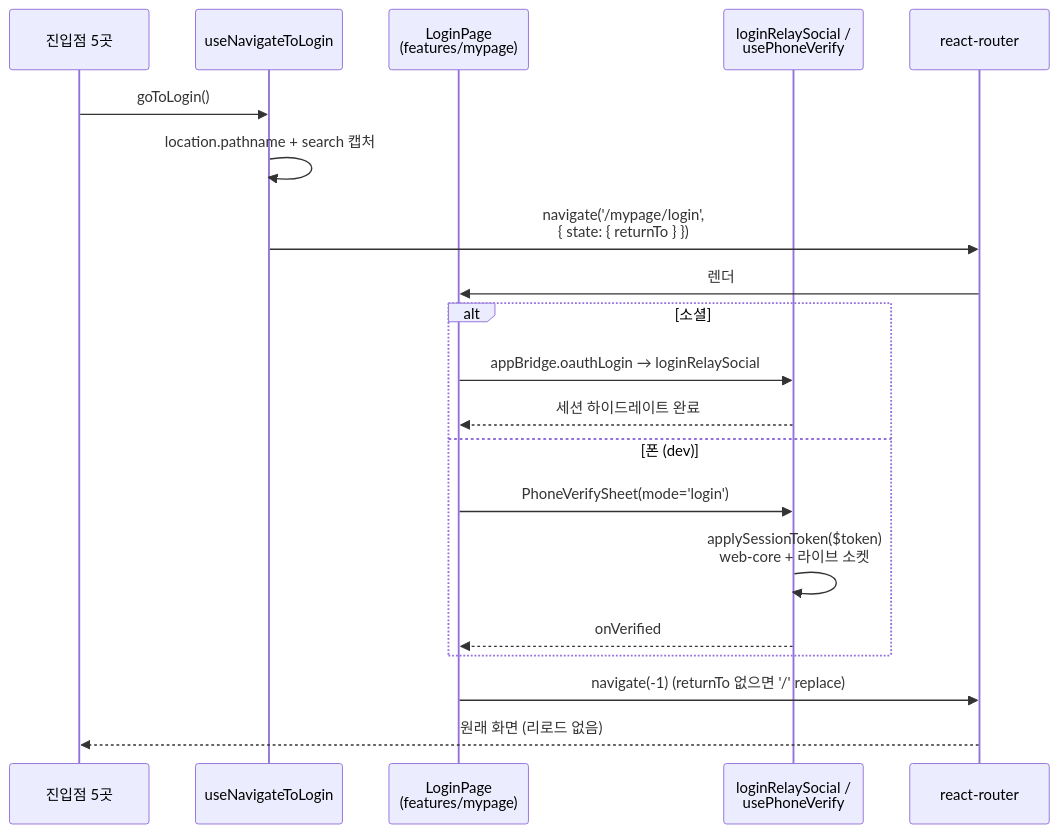
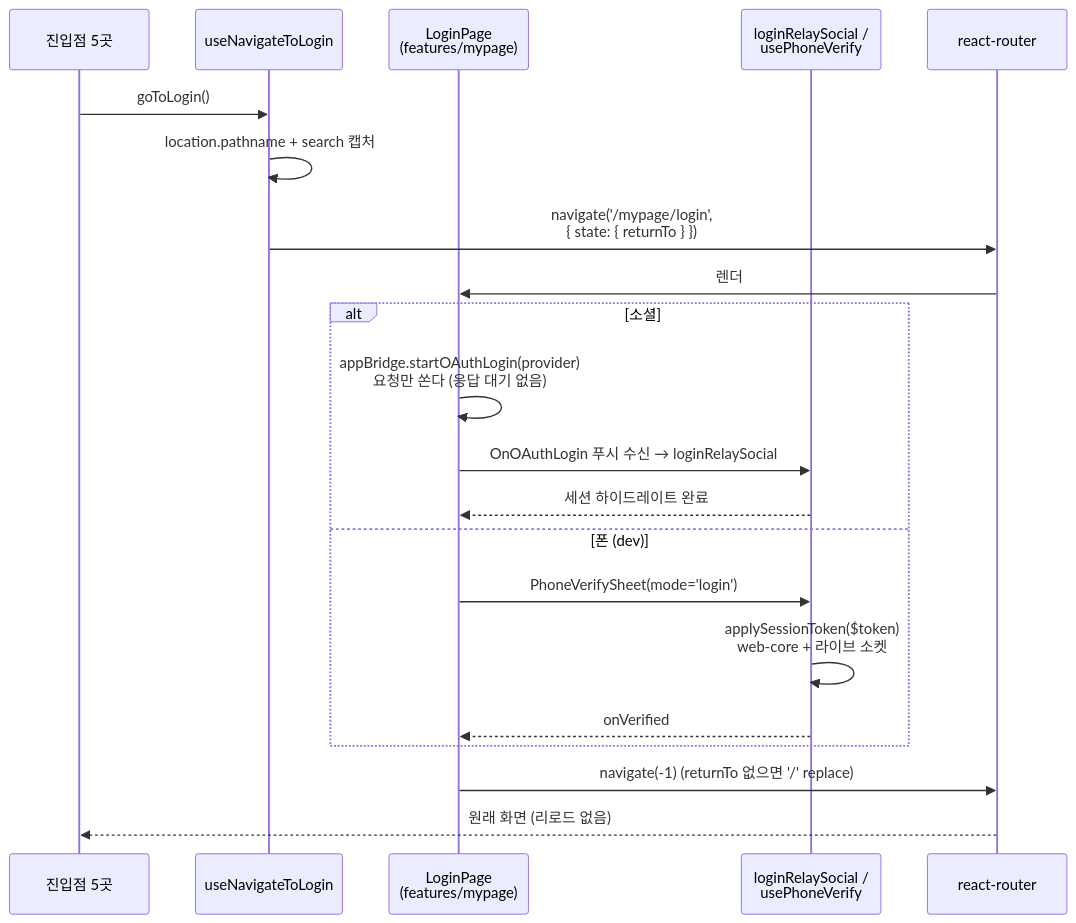
One commit to lemoncloud-io/dou-app changed the fourth of 4 diagrams in apps/web/docs/feature/auth/login-return.md. Above: the diagram before and after it, drawn with Mermaid. The commit also changed 4 other files, not shown here.

````diff
--- a/apps/web/docs/feature/auth/login-return.md
+++ b/apps/web/docs/feature/auth/login-return.md
@@ -173,25 +173,26 @@
 ```mermaid
 sequenceDiagram
     participant Entry as 진입점 5곳
     participant Hook as useNavigateToLogin
     participant Login as LoginPage<br/>(features/mypage)
     participant Auth as loginRelaySocial /<br/>usePhoneVerify
     participant Router as react-router
 
     Entry->>Hook: goToLogin()
     Hook->>Hook: location.pathname + search 캡처
     Hook->>Router: navigate('/mypage/login',<br/>{ state: { returnTo } })
     Router->>Login: 렌더
 
     alt 소셜
-        Login->>Auth: appBridge.oauthLogin → loginRelaySocial
+        Login->>Login: appBridge.startOAuthLogin(provider)<br/>요청만 쏜다 (응답 대기 없음)
+        Login->>Auth: OnOAuthLogin 푸시 수신 → loginRelaySocial
         Auth-->>Login: 세션 하이드레이트 완료
     else 폰 (dev)
         Login->>Auth: PhoneVerifySheet(mode='login')
         Auth->>Auth: applySessionToken($token)<br/>web-core + 라이브 소켓
         Auth-->>Login: onVerified
     end
 
     Login->>Router: navigate(-1)  (returnTo 없으면 '/' replace)
     Router-->>Entry: 원래 화면 (리로드 없음)
 ```
````
